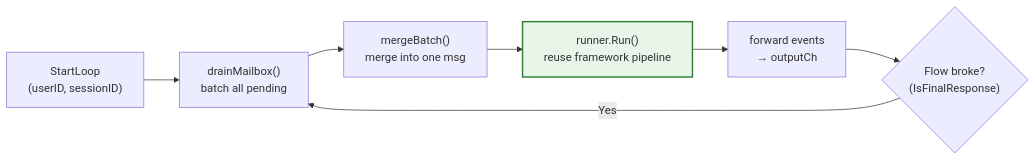
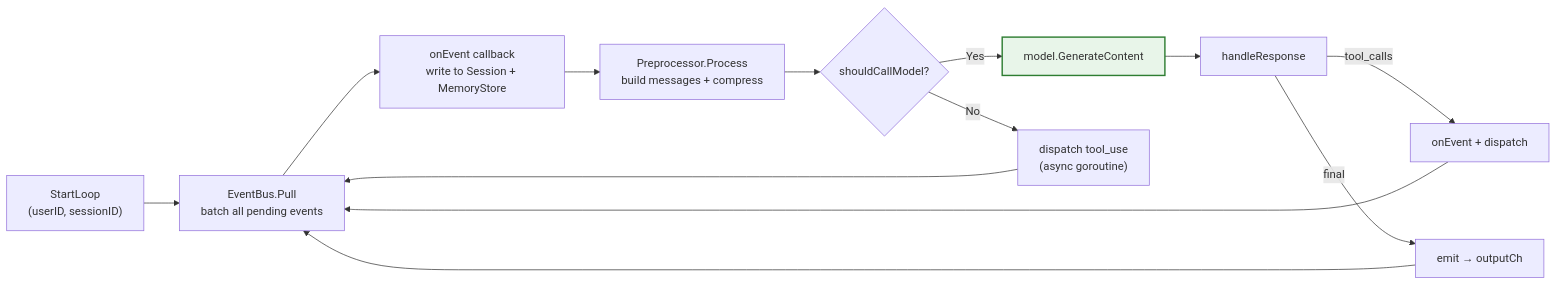
Before and after one commit to SpellingDragon/tagent: the fourth of 8 diagrams in README_EN.md, drawn with Mermaid. The commit also changed other lines of this file and 8 other files, not shown here.

First line of the commit message:
docs: align wiki and README with event-driven architecture

````diff
--- a/README_EN.md
+++ b/README_EN.md
@@ -233,11 +235,17 @@
 ```mermaid
 graph LR
-    START["StartLoop<br/>(userID, sessionID)"] --> DRAIN["drainMailbox()<br/>batch all pending"]
-    DRAIN --> MERGE["mergeBatch()<br/>merge into one msg"]
-    MERGE --> RUN["runner.Run()<br/>reuse framework pipeline"]
-    RUN --> FWD["forward events<br/>→ outputCh"]
-    FWD --> CHECK{"Flow broke?<br/>(IsFinalResponse)"}
-    CHECK -->|"Yes"| DRAIN
+    START["StartLoop<br/>(userID, sessionID)"] --> PULL["EventBus.Pull<br/>batch all pending events"]
+    PULL --> ONEVT["onEvent callback<br/>write to Session + MemoryStore"]
+    ONEVT --> PROC["Preprocessor.Process<br/>build messages + compress"]
+    PROC --> MODEL{"shouldCallModel?"}
+    MODEL -->|"Yes"| CALL["model.GenerateContent"]
+    MODEL -->|"No"| DISPATCH["dispatch tool_use<br/>(async goroutine)"]
+    CALL --> RESP["handleResponse"]
+    RESP -->|"tool_calls"| ONEVT2["onEvent + dispatch"]
+    RESP -->|"final"| EMIT["emit → outputCh"]
+    ONEVT2 --> PULL
+    EMIT --> PULL
+    DISPATCH --> PULL
 
-    style RUN fill:#e8f5e9,stroke:#2e7d32,stroke-width:2px
+    style CALL fill:#e8f5e9,stroke:#2e7d32,stroke-width:2px
 ```
````
